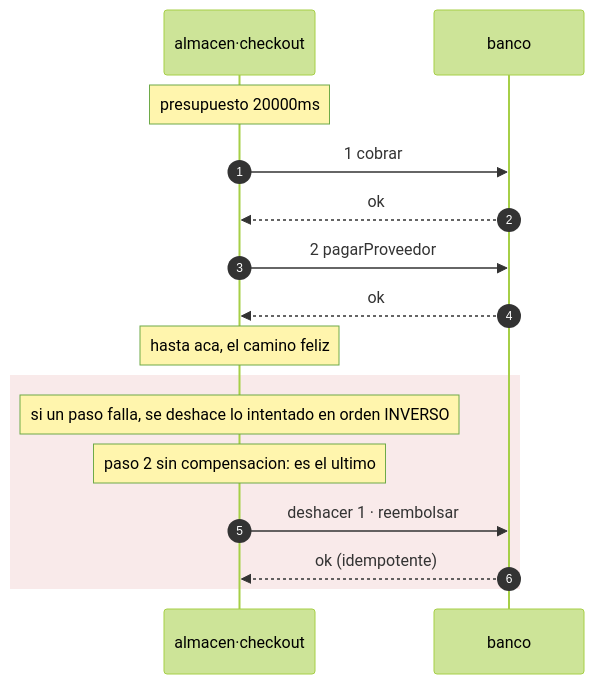
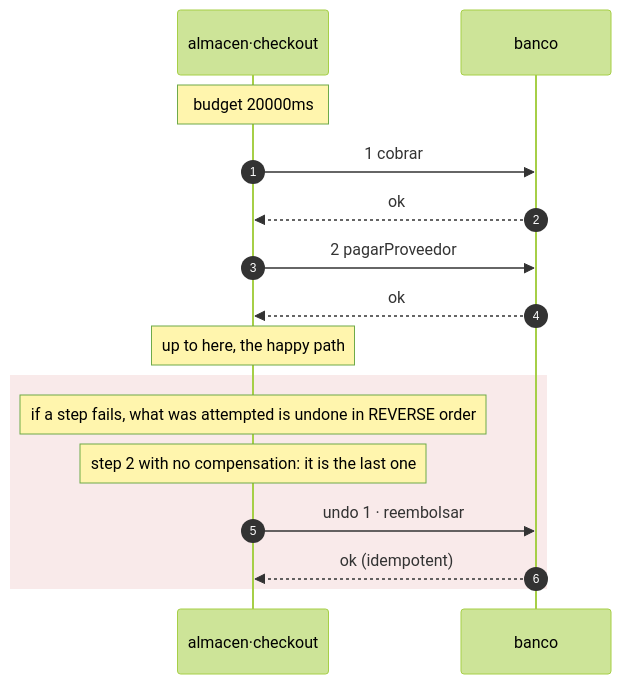
The diagram in docs/src/patrones.md (Andrew-Tellez/axon), drawn with Mermaid (forest theme) before and after one commit. The commit also changed other lines of this file and 8 other files, not shown here.

````diff
--- a/docs/src/patrones.md
+++ b/docs/src/patrones.md
@@ -269,18 +269,18 @@
 ```mermaid
 sequenceDiagram
   autonumber
   participant coord as almacen·checkout
   participant banco
-  Note over coord: presupuesto 20000ms
+  Note over coord: budget 20000ms
   coord->>banco: 1 cobrar
   banco-->>coord: ok
   coord->>banco: 2 pagarProveedor
   banco-->>coord: ok
-  Note over coord: hasta aca, el camino feliz
+  Note over coord: up to here, the happy path
   rect rgba(200,80,80,0.12)
-  Note over coord: si un paso falla, se deshace lo intentado en orden INVERSO
-  Note over coord: paso 2 sin compensacion: es el ultimo
-  coord->>banco: deshacer 1 · reembolsar
-  banco-->>coord: ok (idempotente)
+  Note over coord: if a step fails, what was attempted is undone in REVERSE order
+  Note over coord: step 2 with no compensation: it is the last one
+  coord->>banco: undo 1 · reembolsar
+  banco-->>coord: ok (idempotent)
   end
 ```
````
